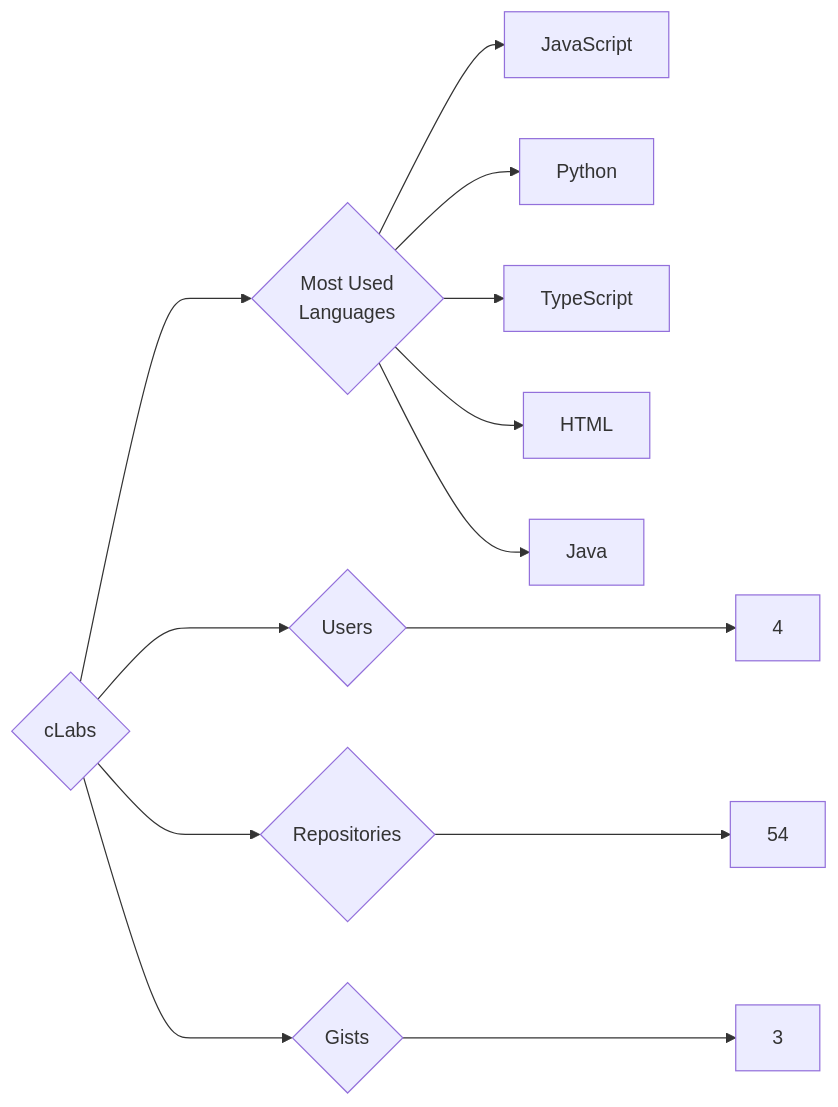
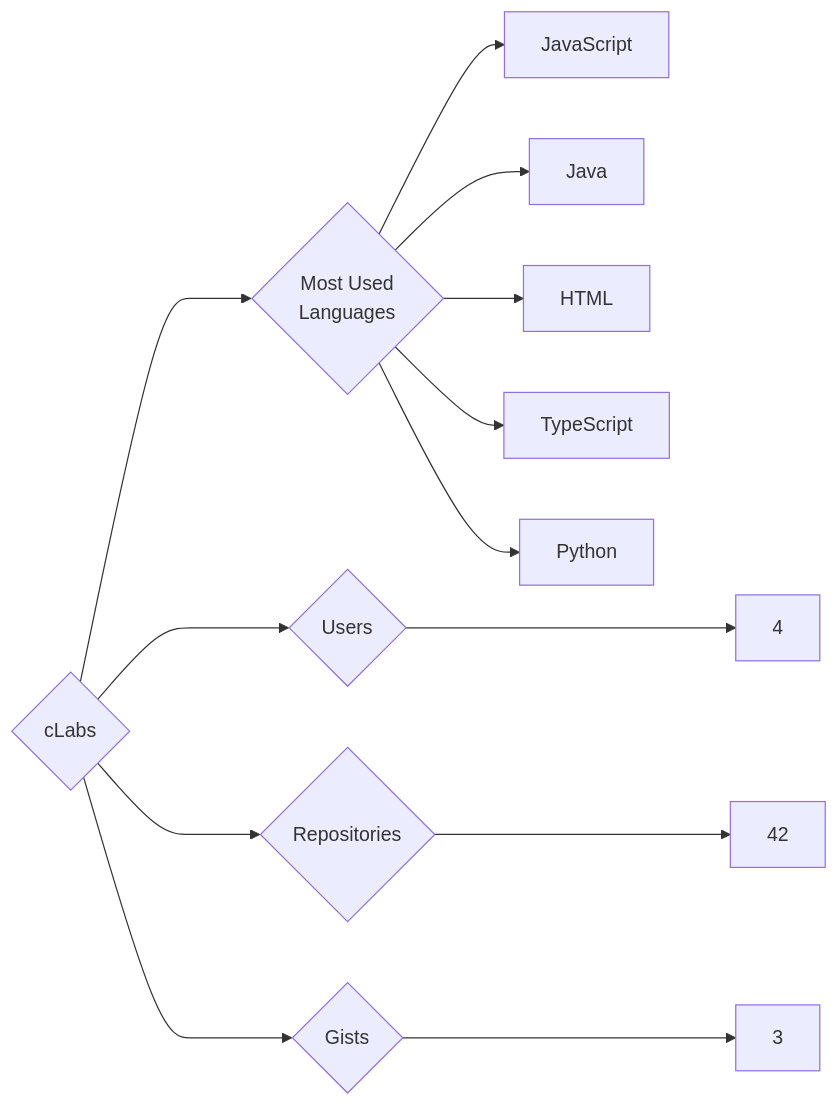
One commit to trickest/insiders changed the diagram in targets/cLabs/README.md. Above: the diagram before and after it, drawn with Mermaid. The commit also changed 1149 other files, not shown here.

````diff
--- a/targets/cLabs/README.md
+++ b/targets/cLabs/README.md
@@ -3,13 +3,13 @@
 ```mermaid
 graph LR
 COMPANY_NAME{cLabs}
 COMPANY_NAME ---> U{Users} ---> UN[4]
-COMPANY_NAME ---> R{Repositories} ---> RN[54]
+COMPANY_NAME ---> R{Repositories} ---> RN[42]
 COMPANY_NAME ---> G{Gists} ---> GN[3]
 COMPANY_NAME ---> ML{Most Used<br>Languages}
 ML --> JavaScript[JavaScript]
+ML --> Java[Java]
+ML --> HTML[HTML]
+ML --> TypeScript[TypeScript]
 ML --> Python[Python]
-ML --> TypeScript[TypeScript]
-ML --> HTML[HTML]
-ML --> Java[Java]
 ```
````
